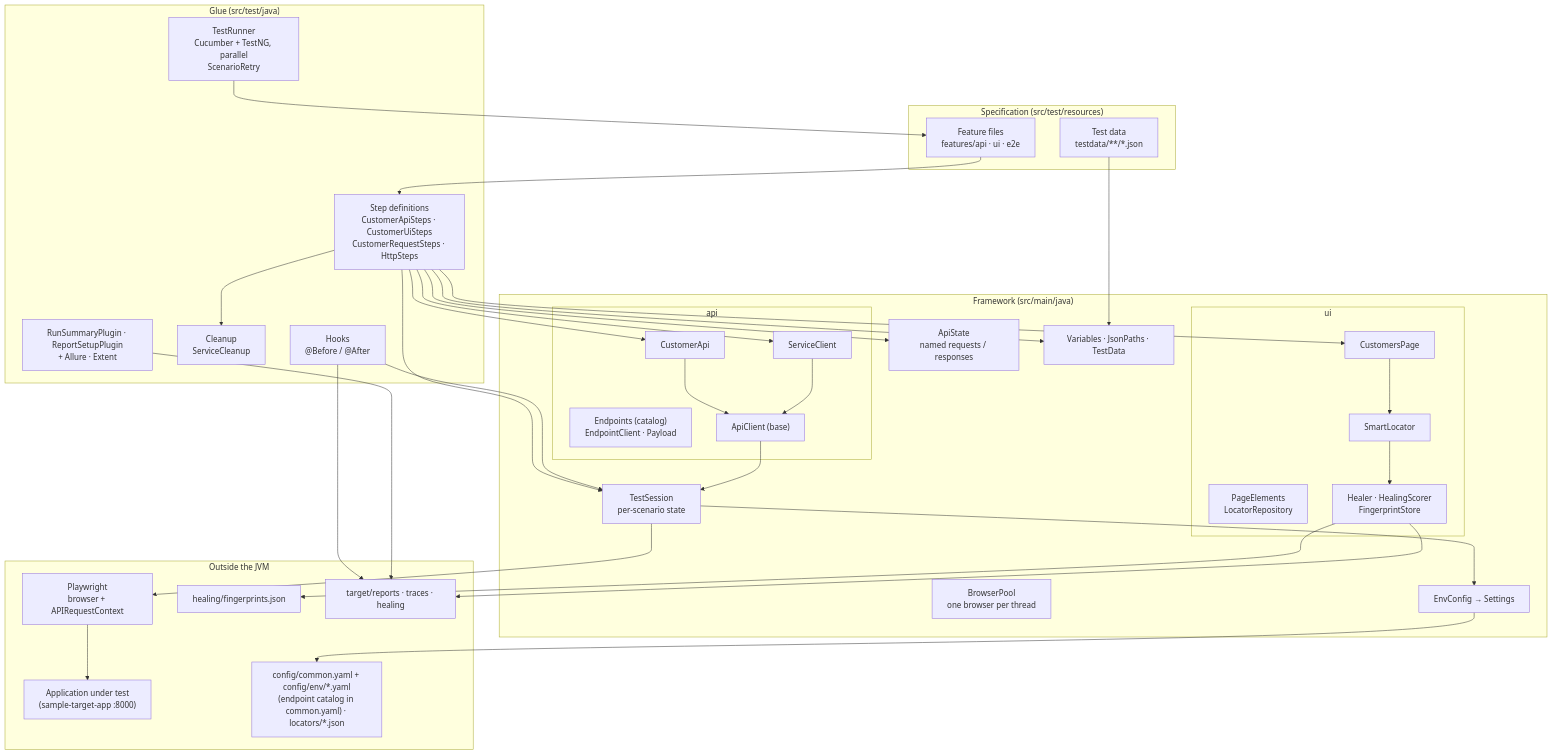
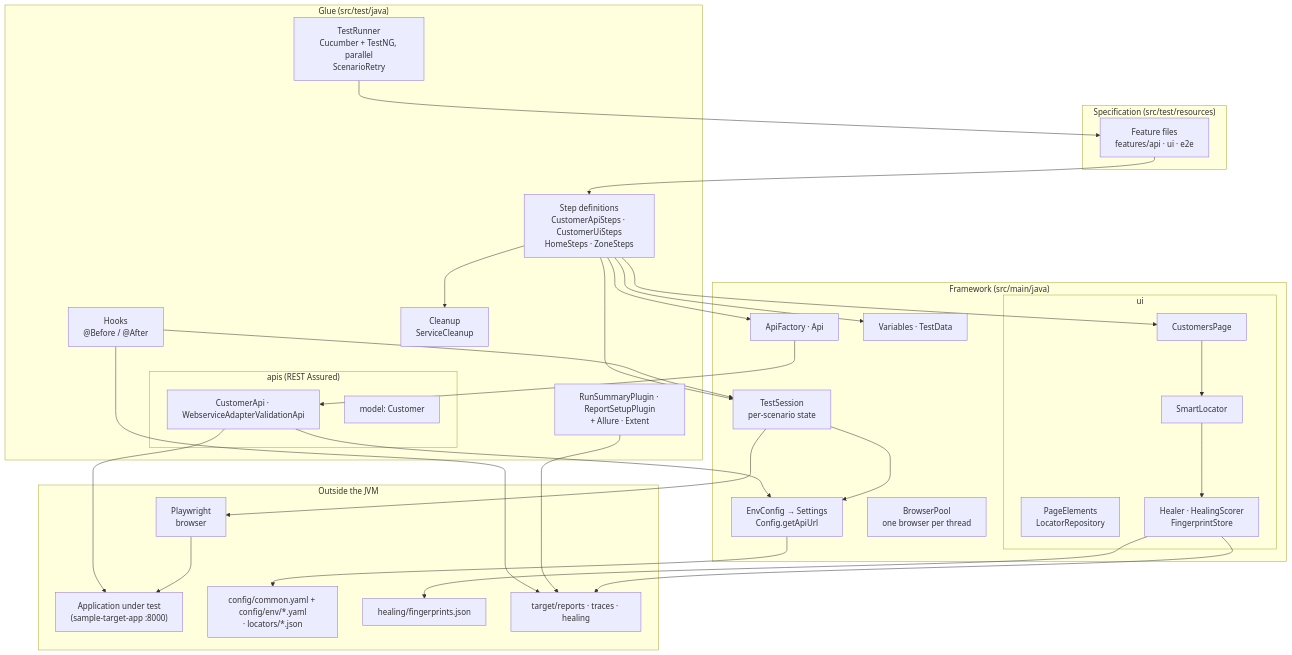
The first of 7 diagrams in docs/architecture.md (JayeshKumud/agentic-qa-java), drawn with Mermaid before and after one commit. The commit also changed other lines of this file and 63 other files, not shown here.

First line of the commit message:
Replace the Playwright API layer with the existing framework's REST Assured API classes

````diff
--- a/docs/architecture.md
+++ b/docs/architecture.md
@@ -23,58 +23,56 @@
 ```mermaid
 flowchart TB
     subgraph Spec["Specification (src/test/resources)"]
         F["Feature files<br/>features/api · ui · e2e"]
-        TD["Test data<br/>testdata/**/*.json"]
     end
 
     subgraph Glue["Glue (src/test/java)"]
         R["TestRunner<br/>Cucumber + TestNG, parallel<br/>ScenarioRetry"]
         H["Hooks<br/>@Before / @After"]
-        ST["Step definitions<br/>CustomerApiSteps · CustomerUiSteps<br/>CustomerRequestSteps · HttpSteps"]
+        ST["Step definitions<br/>CustomerApiSteps · CustomerUiSteps<br/>HomeSteps · ZoneSteps"]
         CL["Cleanup<br/>ServiceCleanup"]
+        subgraph APIS["apis (REST Assured)"]
+            CA["CustomerApi · WebserviceAdapterValidationApi"]
+            MD["model: Customer"]
+        end
         RP["RunSummaryPlugin · ReportSetupPlugin<br/>+ Allure · Extent"]
     end
 
     subgraph Core["Framework (src/main/java)"]
         S["TestSession<br/>per-scenario state"]
         BP["BrowserPool<br/>one browser per thread"]
-        AS["ApiState<br/>named requests / responses"]
-        V["Variables · JsonPaths · TestData"]
-        subgraph API["api"]
-            EP["Endpoints (catalog)<br/>EndpointClient · Payload"]
-            AC["ApiClient (base)"]
-            CA["CustomerApi"]
-            SC["ServiceClient"]
-        end
+        V["Variables · TestData"]
+        AF["ApiFactory · Api"]
         subgraph UI["ui"]
             PO["CustomersPage"]
             LR["PageElements<br/>LocatorRepository"]
             SL["SmartLocator"]
             HE["Healer · HealingScorer<br/>FingerprintStore"]
         end
-        CFG["EnvConfig → Settings"]
+        CFG["EnvConfig → Settings<br/>Config.getApiUrl"]
     end
 
     subgraph Ext["Outside the JVM"]
-        PW["Playwright<br/>browser + APIRequestContext"]
+        PW["Playwright<br/>browser"]
         APP["Application under test<br/>(sample-target-app :8000)"]
-        YAML["config/common.yaml + config/env/*.yaml<br/>(endpoint catalog in common.yaml) · locators/*.json"]
+        YAML["config/common.yaml + config/env/*.yaml<br/>· locators/*.json"]
         FP["healing/fingerprints.json"]
         OUT["target/reports · traces · healing"]
     end
 
     R --> F
     F --> ST
-    ST --> S & AS & V & CA & SC & PO
+    ST --> S & V & AF & PO
     ST --> CL
-    TD --> V
+    AF --> CA
+    CA --> CFG
+    CA --> APP
     H --> S
-    CA & SC --> AC --> S
     PO --> SL --> HE
     S --> PW --> APP
     S --> CFG --> YAML
     HE --> FP
     H --> OUT
     RP --> OUT
     HE --> OUT
 ```
````
